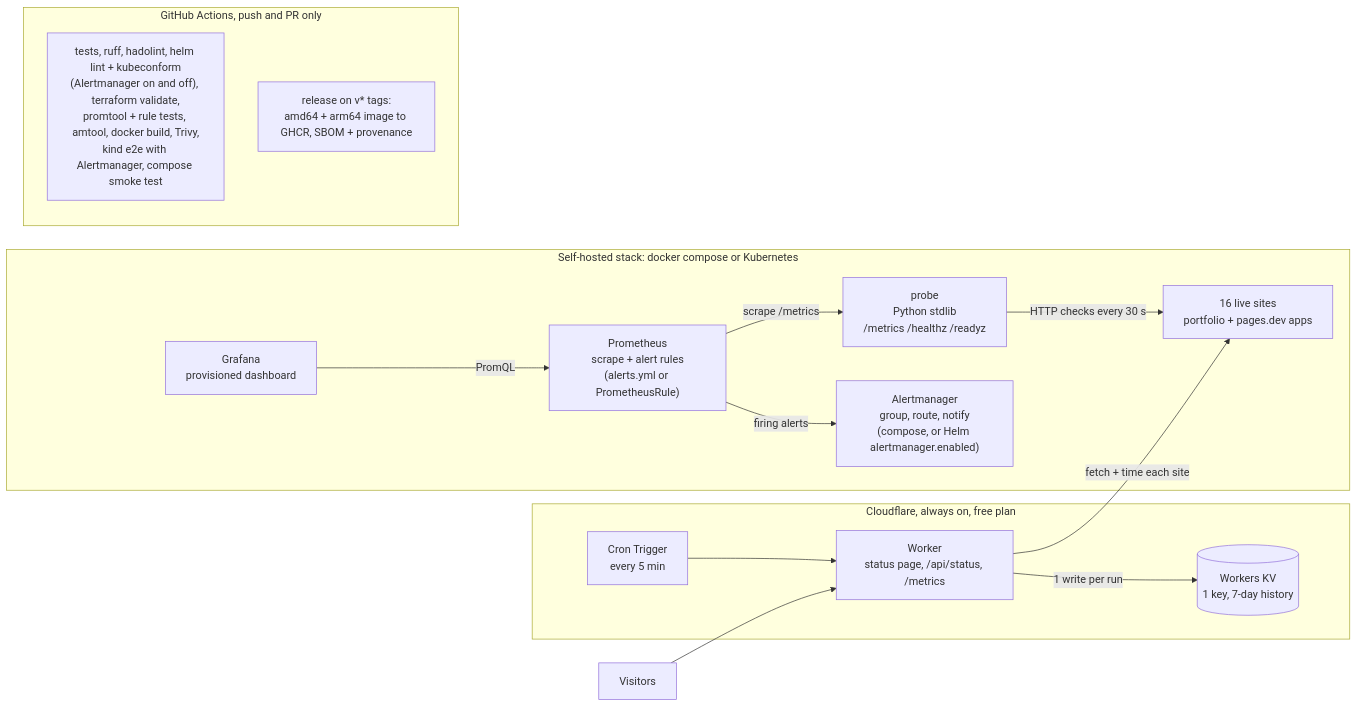
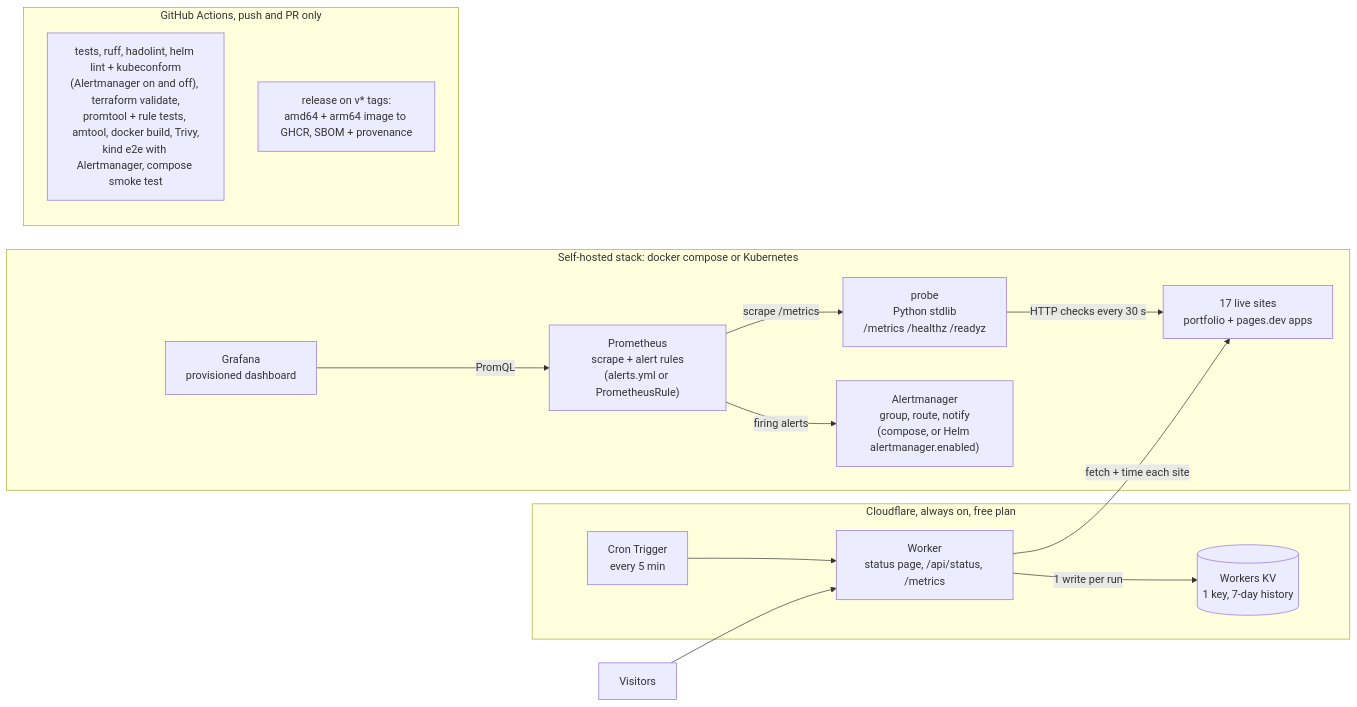
The first of 2 diagrams in README.md (naniiic137/fleetwatch), drawn with Mermaid before and after one commit. The commit also changed other lines of this file and 6 other files, not shown here.

````diff
--- a/README.md
+++ b/README.md
@@ -18,31 +18,31 @@
 ```mermaid
 flowchart LR
-    sites["16 live sites<br/>portfolio + pages.dev apps"]
+    sites["17 live sites<br/>portfolio + pages.dev apps"]
 
     subgraph local["Self-hosted stack: docker compose or Kubernetes"]
         probe["probe<br/>Python stdlib<br/>/metrics /healthz /readyz"]
         prom["Prometheus<br/>scrape + alert rules<br/>(alerts.yml or PrometheusRule)"]
         am["Alertmanager<br/>group, route, notify<br/>(compose, or Helm alertmanager.enabled)"]
         graf["Grafana<br/>provisioned dashboard"]
         probe -- "HTTP checks every 30 s" --> sites
         prom -- "scrape /metrics" --> probe
         prom -- "firing alerts" --> am
         graf -- "PromQL" --> prom
     end
 
     subgraph cf["Cloudflare, always on, free plan"]
         cron["Cron Trigger<br/>every 5 min"]
         worker["Worker<br/>status page, /api/status, /metrics"]
         kv[("Workers KV<br/>1 key, 7-day history")]
         cron --> worker
         worker -- "fetch + time each site" --> sites
         worker -- "1 write per run" --> kv
     end
 
     visitors["Visitors"] --> worker
 
     subgraph gha["GitHub Actions, push and PR only"]
         ci["tests, ruff, hadolint, helm lint + kubeconform<br/>(Alertmanager on and off), terraform validate,<br/>promtool + rule tests, amtool, docker build, Trivy,<br/>kind e2e with Alertmanager, compose smoke test"]
         rel["release on v* tags:<br/>amd64 + arm64 image to GHCR, SBOM + provenance"]
     end
 ```
````
